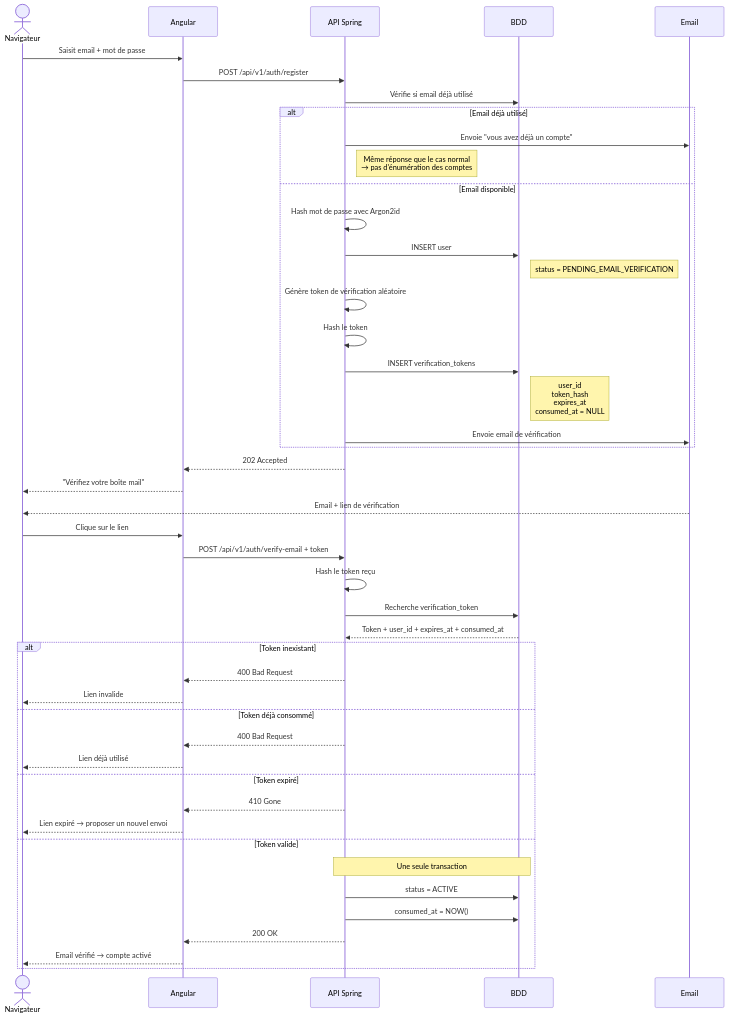
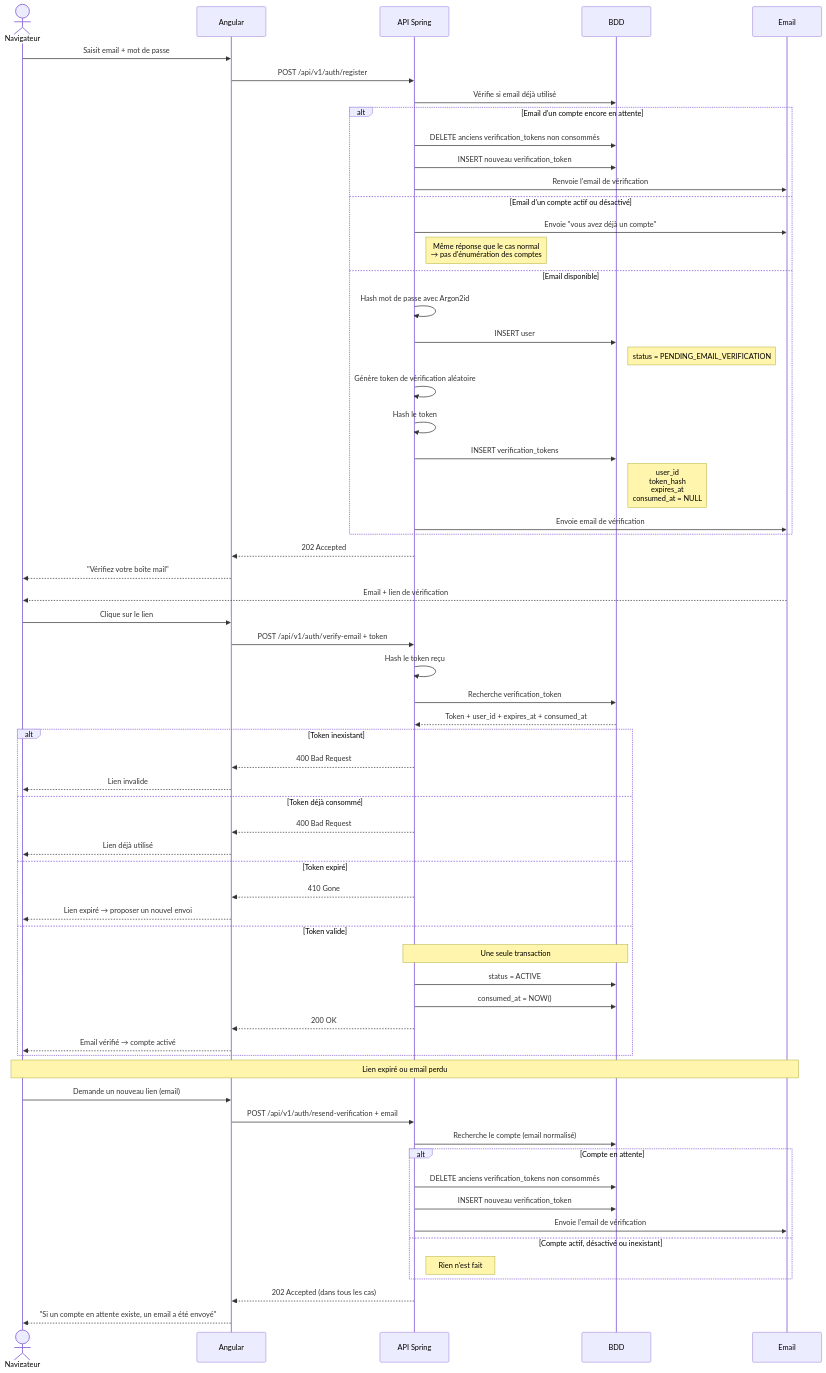
Before and after one commit to Franck1vlt/Parkyn: the diagram in docs/diagrams/inscription.md, drawn with Mermaid. The commit also changed 11 other files, not shown here.

Commit message:
Renvoi du lien de vérification

````diff
--- a/docs/diagrams/inscription.md
+++ b/docs/diagrams/inscription.md
@@ -3,55 +3,75 @@
 ```mermaid
 sequenceDiagram
 actor Navigateur
 participant Angular
 participant API as API Spring
 participant BDD
 participant Email
 
     Navigateur->>Angular: Saisit email + mot de passe
     Angular->>API: POST /api/v1/auth/register
     API->>BDD: Vérifie si email déjà utilisé
 
-    alt Email déjà utilisé
+    alt Email d'un compte encore en attente
+        API->>BDD: DELETE anciens verification_tokens non consommés
+        API->>BDD: INSERT nouveau verification_token
+        API->>Email: Renvoie l'email de vérification
+    else Email d'un compte actif ou désactivé
         API->>Email: Envoie "vous avez déjà un compte"
         Note right of API: Même réponse que le cas normal<br/>→ pas d'énumération des comptes
     else Email disponible
         API->>API: Hash mot de passe avec Argon2id
         API->>BDD: INSERT user
         Note right of BDD: status = PENDING_EMAIL_VERIFICATION
 
         API->>API: Génère token de vérification aléatoire
         API->>API: Hash le token
         API->>BDD: INSERT verification_tokens
         Note right of BDD: user_id<br/>token_hash<br/>expires_at<br/>consumed_at = NULL
 
         API->>Email: Envoie email de vérification
     end
 
     API-->>Angular: 202 Accepted
     Angular-->>Navigateur: "Vérifiez votre boîte mail"
 
     Email-->>Navigateur: Email + lien de vérification
     Navigateur->>Angular: Clique sur le lien
     Angular->>API: POST /api/v1/auth/verify-email + token
     API->>API: Hash le token reçu
     API->>BDD: Recherche verification_token
     BDD-->>API: Token + user_id + expires_at + consumed_at
 
     alt Token inexistant
         API-->>Angular: 400 Bad Request
         Angular-->>Navigateur: Lien invalide
     else Token déjà consommé
         API-->>Angular: 400 Bad Request
         Angular-->>Navigateur: Lien déjà utilisé
     else Token expiré
         API-->>Angular: 410 Gone
         Angular-->>Navigateur: Lien expiré → proposer un nouvel envoi
     else Token valide
         Note over API,BDD: Une seule transaction
         API->>BDD: status = ACTIVE
         API->>BDD: consumed_at = NOW()
         API-->>Angular: 200 OK
         Angular-->>Navigateur: Email vérifié → compte activé
     end
+
+    Note over Navigateur,Email: Lien expiré ou email perdu
+    Navigateur->>Angular: Demande un nouveau lien (email)
+    Angular->>API: POST /api/v1/auth/resend-verification + email
+    API->>BDD: Recherche le compte (email normalisé)
+
+    alt Compte en attente
+        API->>BDD: DELETE anciens verification_tokens non consommés
+        API->>BDD: INSERT nouveau verification_token
+        API->>Email: Envoie l'email de vérification
+    else Compte actif, désactivé ou inexistant
+        Note right of API: Rien n'est fait
+    end
+
+    API-->>Angular: 202 Accepted (dans tous les cas)
+    Angular-->>Navigateur: "Si un compte en attente existe, un email a été envoyé"
 ```
````
